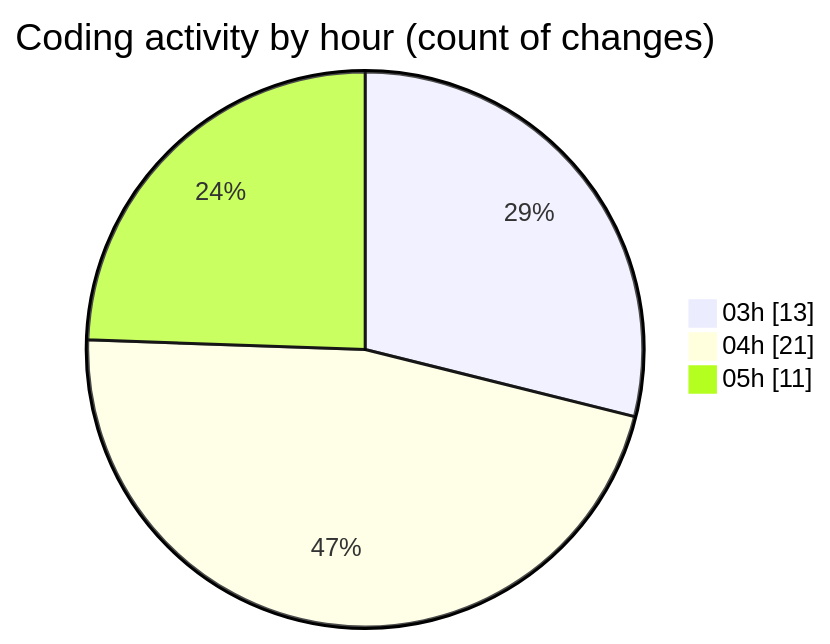
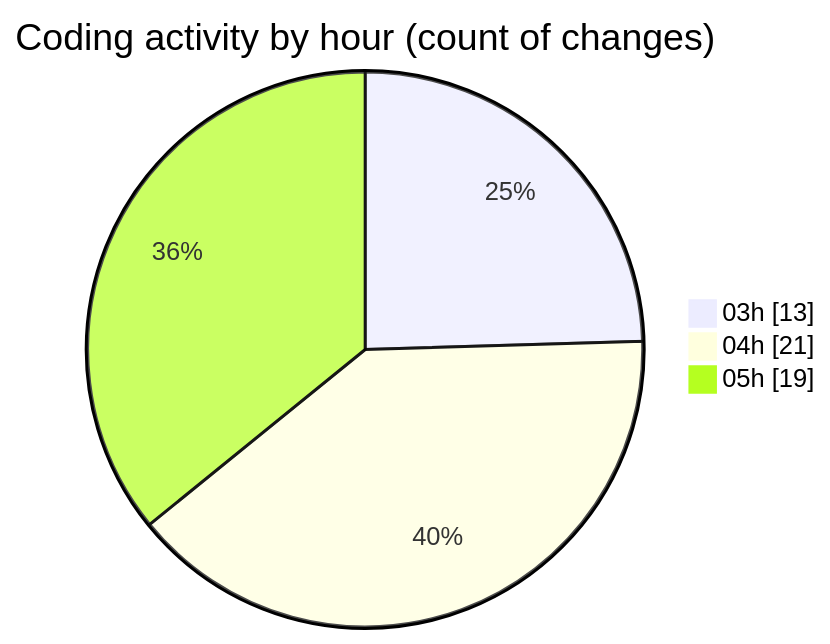
The second of 2 diagrams in 2026-07-15/shibass-ai/README.md (shibass792/code-tracking), drawn with Mermaid before and after one commit. The commit also changed other lines of this file and 1 other file, not shown here.

````diff
--- a/2026-07-15/shibass-ai/README.md
+++ b/2026-07-15/shibass-ai/README.md
@@ -41,7 +41,7 @@
 ```mermaid
 pie showData
 title Coding activity by hour (count of changes)
 "03h" : 13
 "04h" : 21
-"05h" : 11
+"05h" : 19
 ```
````
